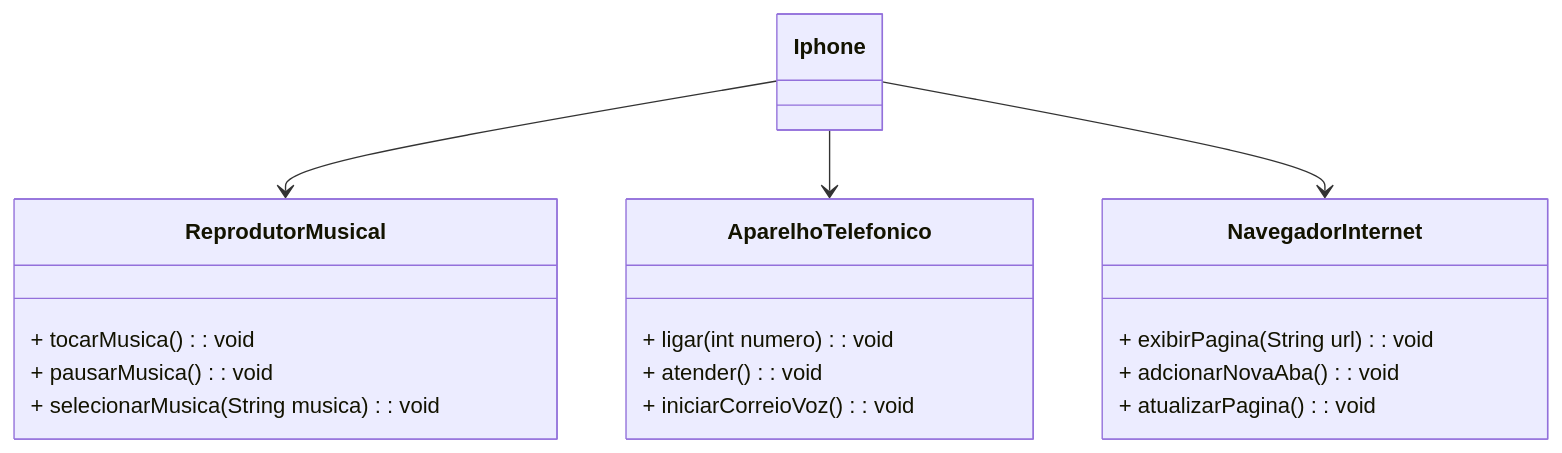
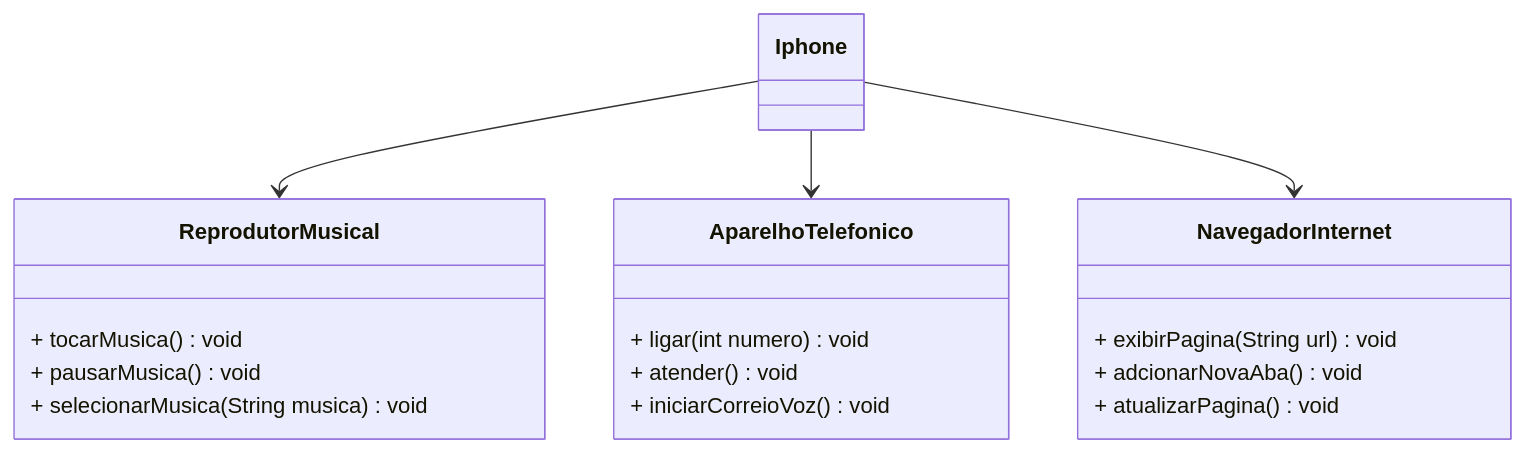
One commit to GustavoSutanaLima/iphone-dio changed the diagram in README.md. Above: the diagram before and after it, drawn with Mermaid.

Commit message:
Update 2 README.md

````diff
--- a/README.md
+++ b/README.md
@@ -1,27 +1,27 @@
 ```mermaid
 classDiagram
     class ReprodutorMusical {
-        + tocarMusica(): void
-        + pausarMusica(): void
-        + selecionarMusica(String musica): void
+        + tocarMusica() void
+        + pausarMusica() void
+        + selecionarMusica(String musica) void
     }
 
     class AparelhoTelefonico {
-        + ligar(int numero): void
-        + atender(): void
-        + iniciarCorreioVoz(): void
+        + ligar(int numero) void
+        + atender() void
+        + iniciarCorreioVoz() void
     }
 
     class NavegadorInternet {
-        + exibirPagina(String url): void
-        + adcionarNovaAba(): void
-        + atualizarPagina(): void
+        + exibirPagina(String url) void
+        + adcionarNovaAba() void
+        + atualizarPagina() void
     }
 
     class Iphone {
     }
 
     Iphone --> ReprodutorMusical
     Iphone --> AparelhoTelefonico
     Iphone --> NavegadorInternet
 ```
````
